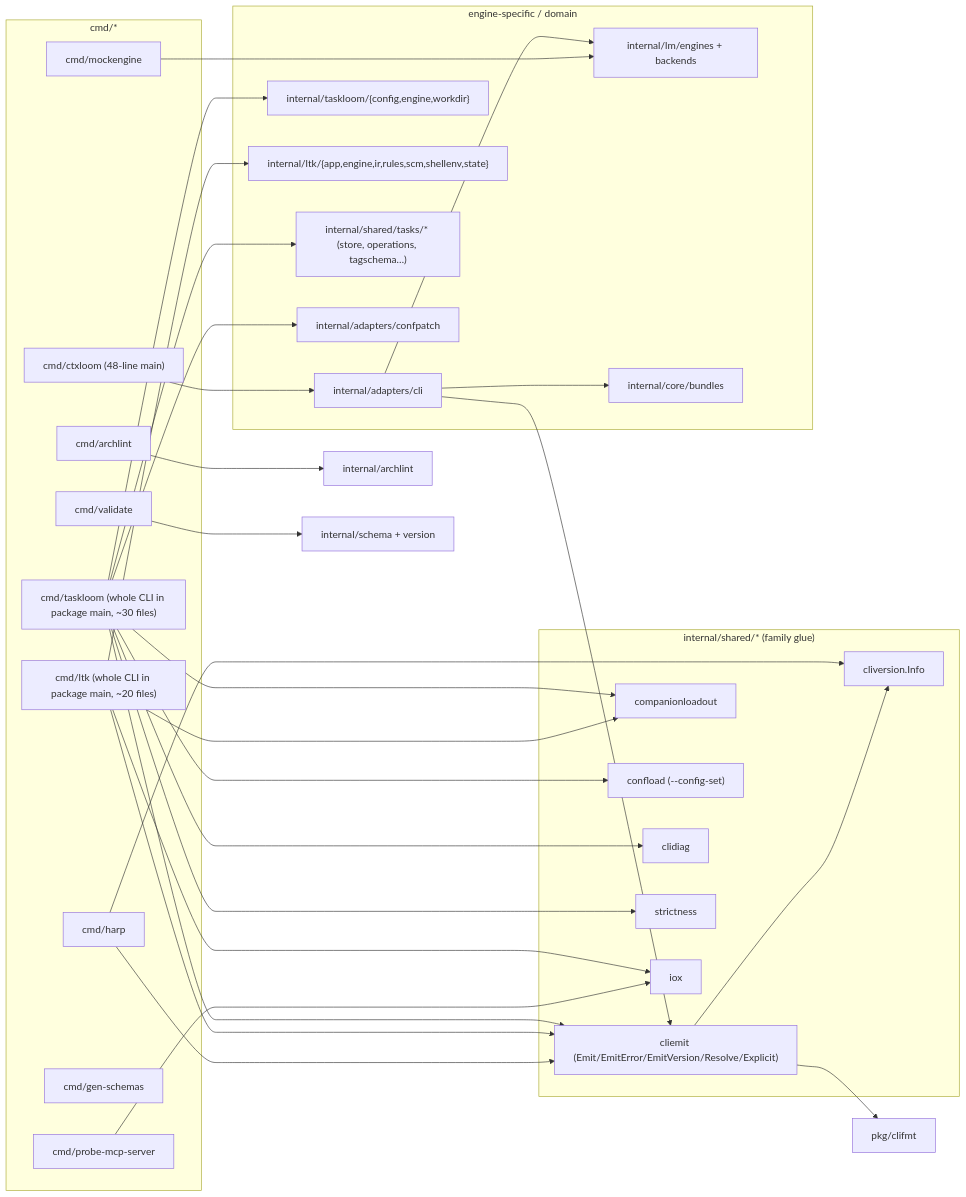
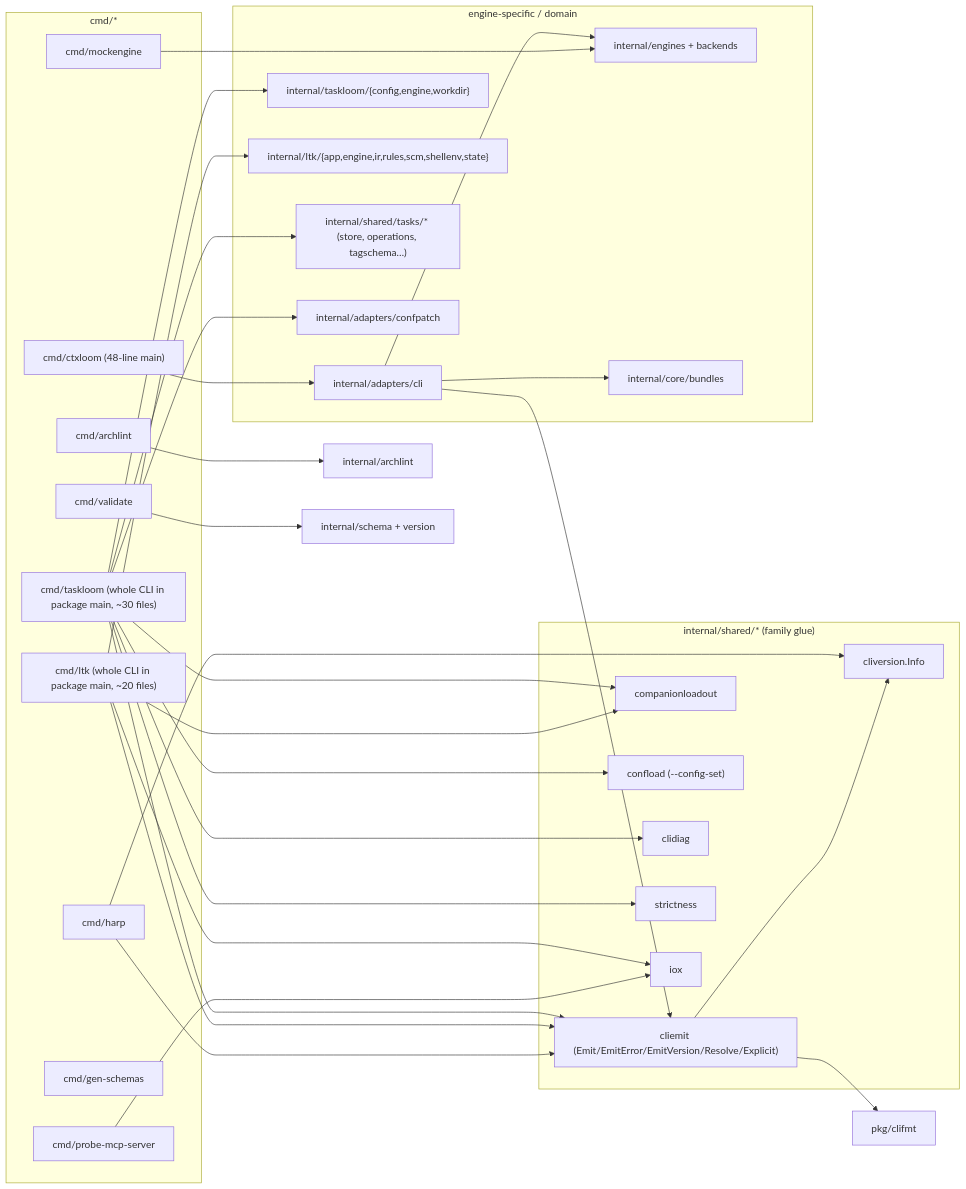
The seventh of 10 diagrams in docs/architecture/audit-2026-09-18/06-cli-operations.md (ctxloom/ctxloom), drawn with Mermaid before and after one commit. The commit also changed other lines of this file and 211 other files, not shown here.

First line of the commit message:
refactor(arch): move the engines ring into internal/engines

````diff
--- a/docs/architecture/audit-2026-09-18/06-cli-operations.md
+++ b/docs/architecture/audit-2026-09-18/06-cli-operations.md
@@ -431,58 +431,58 @@
 ```mermaid
 flowchart LR
   subgraph bins["cmd/*"]
     CTX["cmd/ctxloom (48-line main)"]
     TL["cmd/taskloom (whole CLI in package main, ~30 files)"]
     LTK["cmd/ltk (whole CLI in package main, ~20 files)"]
     HARP["cmd/harp"]
     ARCH["cmd/archlint"]
     MOCK["cmd/mockengine"]
     PROBE["cmd/probe-mcp-server"]
     GENS["cmd/gen-schemas"]
     VAL["cmd/validate"]
   end
   subgraph sharedp["internal/shared/* (family glue)"]
     CE["cliemit (Emit/EmitError/EmitVersion/Resolve/Explicit)"]
     CV["cliversion.Info"]
     CLOAD["companionloadout"]
     CONFL["confload (--config-set)"]
     CD["clidiag"]
     STR["strictness"]
     IOX["iox"]
   end
   subgraph libs["engine-specific / domain"]
     CLI["internal/adapters/cli"]
     TLE["internal/taskloom/{config,engine,workdir}"]
     LTKE["internal/ltk/{app,engine,ir,rules,scm,shellenv,state}"]
     TASKS["internal/shared/tasks/* (store, operations, tagschema…)"]
-    ENG["internal/lm/engines + backends"]
+    ENG["internal/engines + backends"]
     BUND["internal/core/bundles"]
     CONFP["internal/adapters/confpatch"]
   end
   CLIFMT["pkg/clifmt"]
 
   CTX --> CLI
   CLI --> ENG
   CLI --> BUND
   CLI --> CE
   TL --> CE
   TL --> CLOAD
   TL --> CONFL
   TL --> CD
   TL --> STR
   TL --> TLE
   TL --> TASKS
   TL --> CONFP
   LTK --> CE
   LTK --> CLOAD
   LTK --> LTKE
   LTK --> IOX
   HARP --> CE
   HARP --> CV
   MOCK --> ENG
   CE --> CLIFMT
   CE --> CV
   ARCH --> ARCHL["internal/archlint"]
   VAL --> SCH["internal/schema + version"]
   PROBE --> IOX
 ```
````
